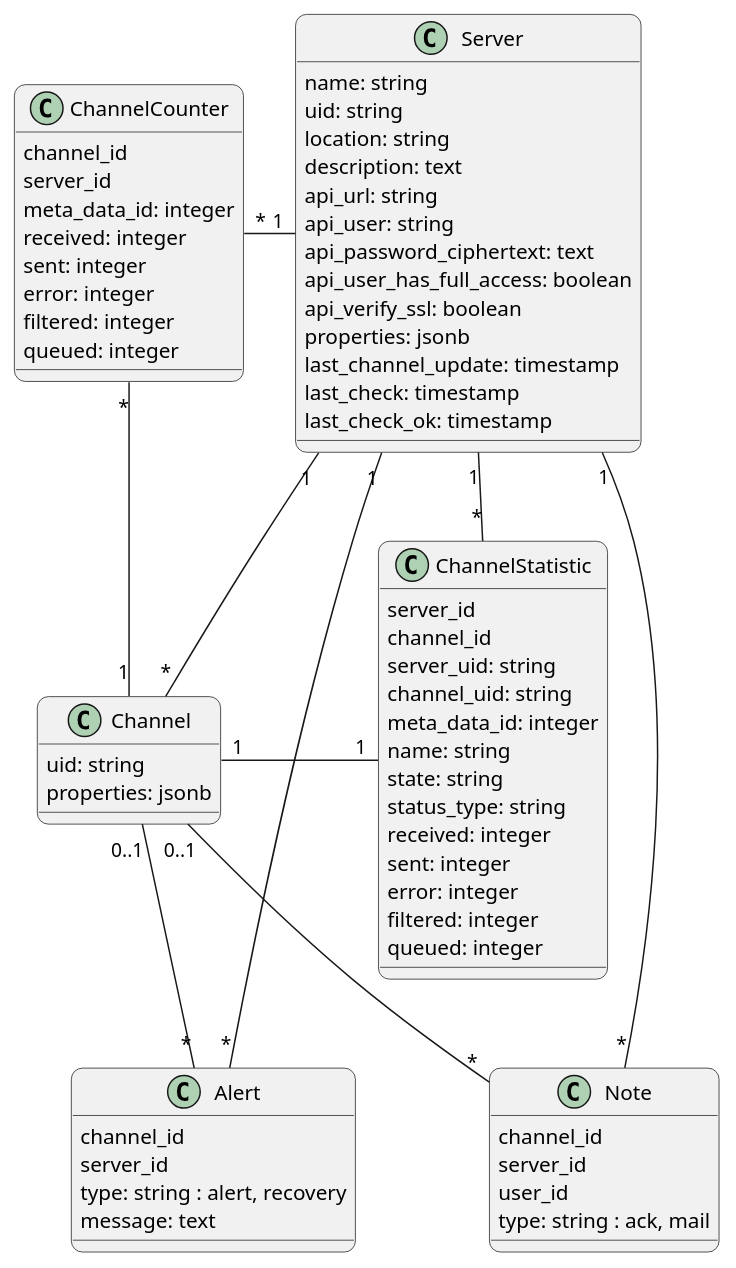
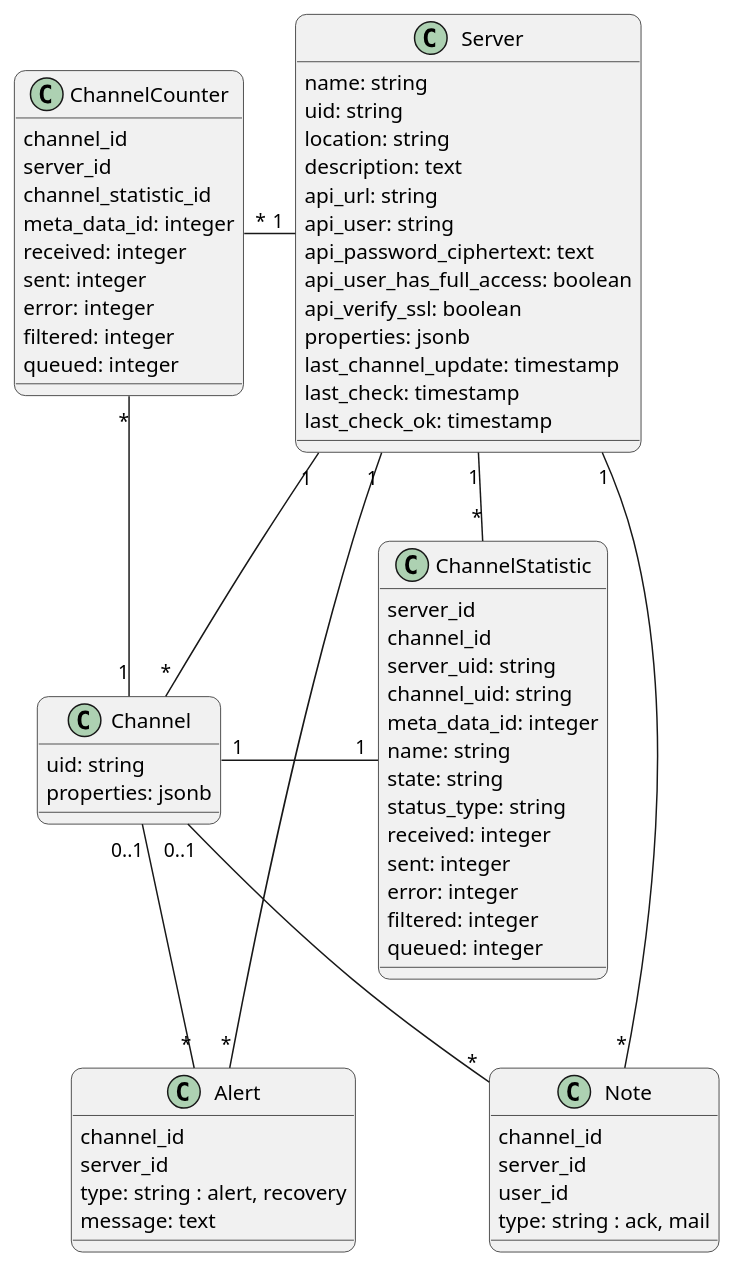
One commit to swobspace/mirco changed the diagram in doc/dev-notes/modules/ROOT/images/models.puml. Above: the diagram before and after it, drawn with PlantUML. The commit also changed 17 other files, not shown here.

Commit message:
ChannelCounter now belongs to ChannelStatistic

```diff
--- a/doc/dev-notes/modules/ROOT/images/models.puml
+++ b/doc/dev-notes/modules/ROOT/images/models.puml
@@ -1,79 +1,80 @@
 @startuml
 top to bottom direction
 skinparam defaultTextAlignment center
 skinparam roundCorner 15
 
 class Server  {
   name: string
   uid: string
   location: string
   description: text
   api_url: string
   api_user: string
   api_password_ciphertext: text
   api_user_has_full_access: boolean
   api_verify_ssl: boolean
   properties: jsonb
   last_channel_update: timestamp
   last_check: timestamp
   last_check_ok: timestamp
 }
 
 class Channel {
   uid: string
   properties: jsonb
 }
 
 class ChannelStatistic {
   server_id
   channel_id
   server_uid: string
   channel_uid: string
   meta_data_id: integer
   name: string
   state: string
   status_type: string
   received: integer
   sent: integer
   error: integer
   filtered: integer
   queued: integer
 }
 
 class ChannelCounter {
   channel_id
   server_id
+  channel_statistic_id
   meta_data_id: integer
   received: integer
   sent: integer
   error: integer
   filtered: integer
   queued: integer
 }
 
 class Alert {
   channel_id
   server_id
   type: string : alert, recovery
   message: text
 }
 
 class Note {
   channel_id
   server_id
   user_id
   type: string : ack, mail
 }
 
 Server "1" -- "*" Channel
 Server "1" - "*" ChannelStatistic
 Channel "1" - "1" ChannelStatistic
 ChannelCounter "*" - "1" Server
 ChannelCounter "*" -- "1" Channel
 Server "1" -- "*" Alert
 Channel "0..1" -- "*" Alert
 Server "1" -- "*" Note
 Channel "0..1" -- "*" Note
 
 
 @enduml
```
